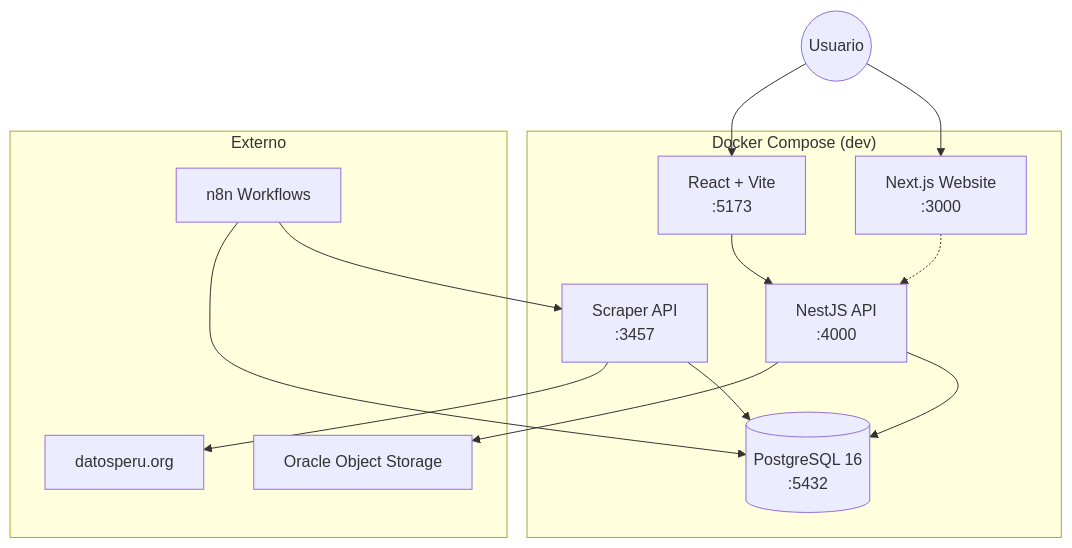
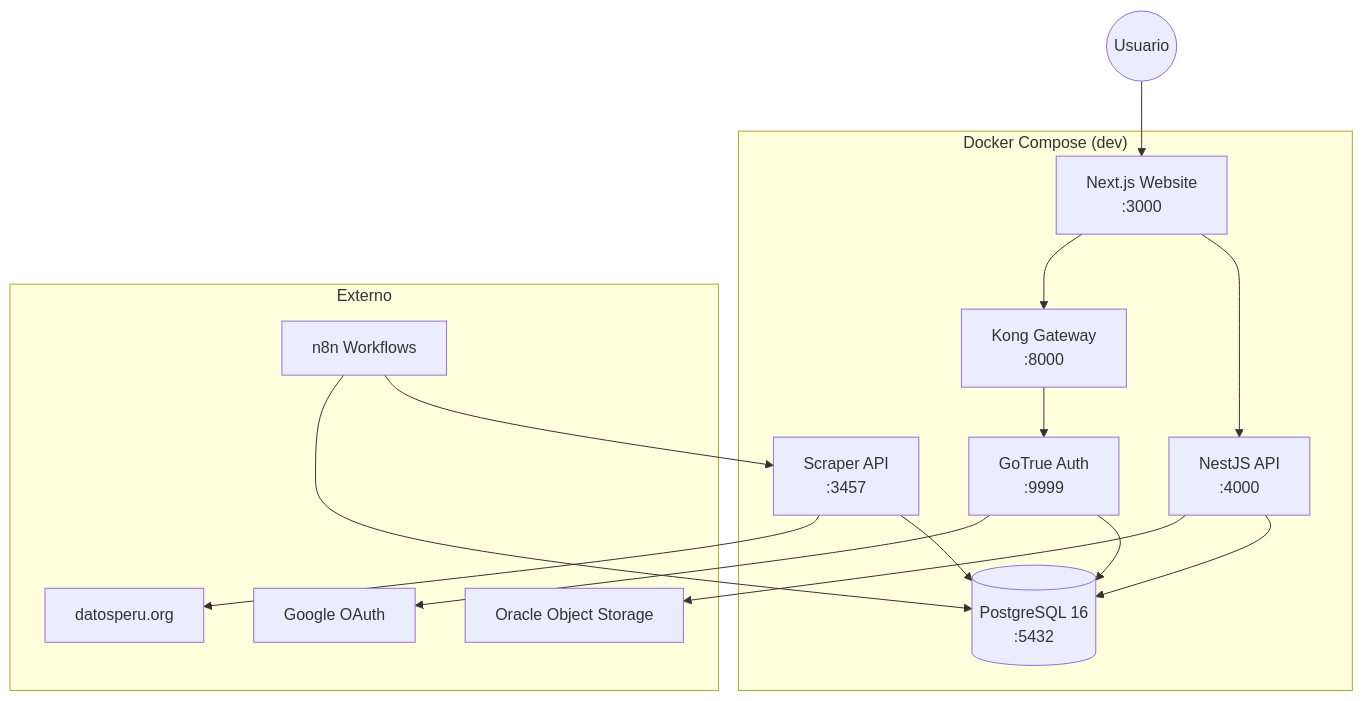
Before and after one commit to Mingbling1/CareerWiki: the first of 5 diagrams in docs/ARCHITECTURE.md, drawn with Mermaid. The commit also changed other lines of this file and 34 other files, not shown here.

First line of the commit message:
feat: migrate auth from Better Auth to Supabase Self-Hosted (GoTrue)

````diff
--- a/docs/ARCHITECTURE.md
+++ b/docs/ARCHITECTURE.md
@@ -9,28 +9,32 @@
 ```mermaid
 graph TB
     subgraph "Docker Compose (dev)"
         PG[(PostgreSQL 16<br/>:5432)]
         API[NestJS API<br/>:4000]
-        FE[React + Vite<br/>:5173]
         WEB[Next.js Website<br/>:3000]
         SCR[Scraper API<br/>:3457]
+        KONG[Kong Gateway<br/>:8000]
+        AUTH[GoTrue Auth<br/>:9999]
     end
 
     USER((Usuario)) --> WEB
-    USER --> FE
-    FE --> API
+    WEB --> API
+    WEB --> KONG
+    KONG --> AUTH
+    AUTH --> PG
     API --> PG
     SCR --> PG
-    WEB -.-> API
 
     subgraph "Externo"
         OCI[Oracle Object Storage]
         DP[datosperu.org]
         N8N[n8n Workflows]
+        GOOGLE[Google OAuth]
     end
 
     API --> OCI
     SCR --> DP
     N8N --> SCR
     N8N --> PG
+    AUTH --> GOOGLE
 ```
````
